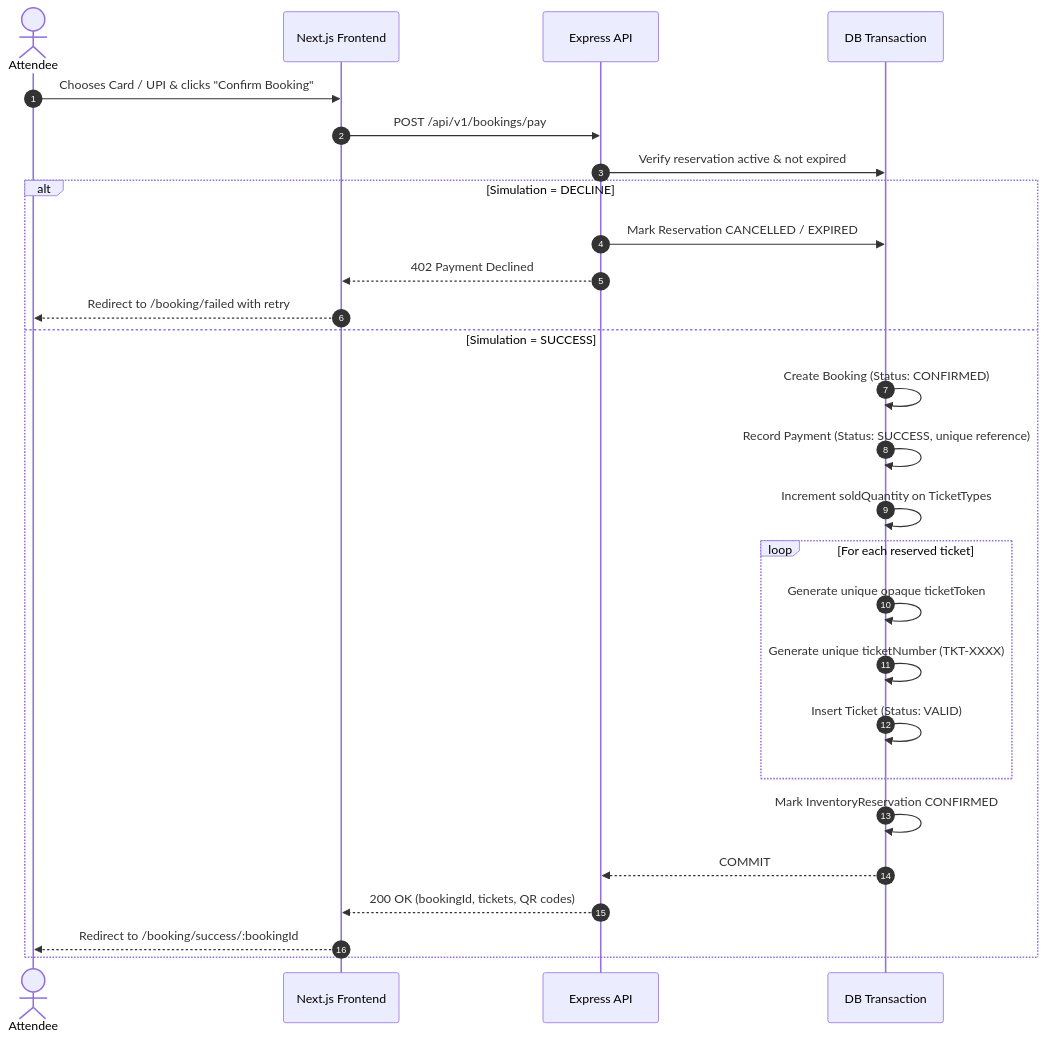
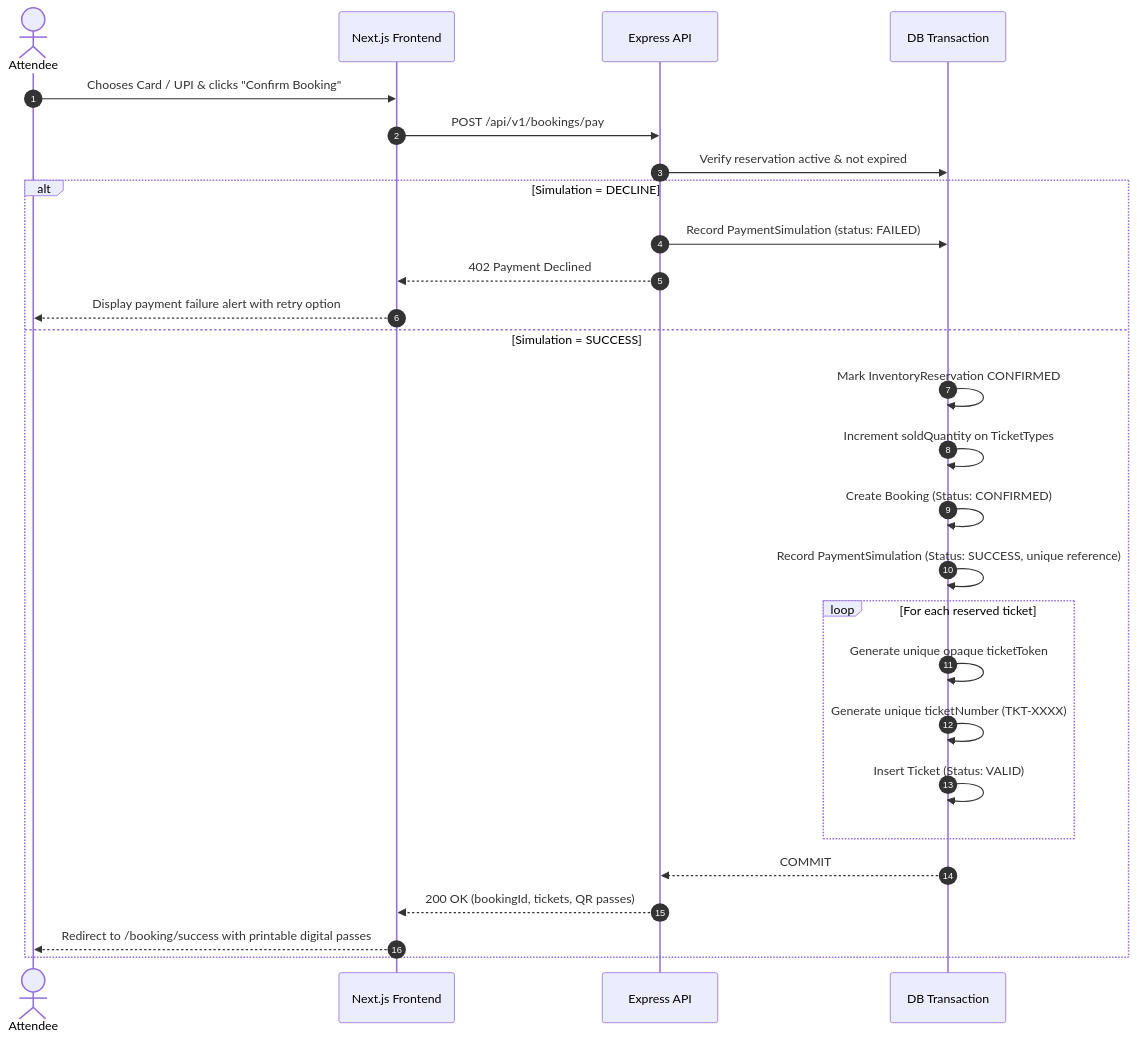
The fourth of 6 diagrams in docs/flow-diagram.md (meiyarasam/eventra-event-booking), drawn with Mermaid before and after one commit. The commit also changed other lines of this file and 5 other files, not shown here.

````diff
--- a/docs/flow-diagram.md
+++ b/docs/flow-diagram.md
@@ -89,30 +89,30 @@
 ```mermaid
 sequenceDiagram
     autonumber
     actor Attendee
     participant Web as Next.js Frontend
     participant API as Express API
     participant Tx as DB Transaction
 
     Attendee->>Web: Chooses Card / UPI & clicks "Confirm Booking"
     Web->>API: POST /api/v1/bookings/pay
     API->>Tx: Verify reservation active & not expired
     alt Simulation = DECLINE
-        API->>Tx: Mark Reservation CANCELLED / EXPIRED
+        API->>Tx: Record PaymentSimulation (status: FAILED)
         API-->>Web: 402 Payment Declined
-        Web-->>Attendee: Redirect to /booking/failed with retry
+        Web-->>Attendee: Display payment failure alert with retry option
     else Simulation = SUCCESS
+        Tx->>Tx: Mark InventoryReservation CONFIRMED
+        Tx->>Tx: Increment soldQuantity on TicketTypes
         Tx->>Tx: Create Booking (Status: CONFIRMED)
-        Tx->>Tx: Record Payment (Status: SUCCESS, unique reference)
-        Tx->>Tx: Increment soldQuantity on TicketTypes
+        Tx->>Tx: Record PaymentSimulation (Status: SUCCESS, unique reference)
         loop For each reserved ticket
             Tx->>Tx: Generate unique opaque ticketToken
             Tx->>Tx: Generate unique ticketNumber (TKT-XXXX)
             Tx->>Tx: Insert Ticket (Status: VALID)
         end
-        Tx->>Tx: Mark InventoryReservation CONFIRMED
         Tx-->>API: COMMIT
-        API-->>Web: 200 OK (bookingId, tickets, QR codes)
-        Web-->>Attendee: Redirect to /booking/success/:bookingId
+        API-->>Web: 200 OK (bookingId, tickets, QR passes)
+        Web-->>Attendee: Redirect to /booking/success with printable digital passes
     end
 ```
````
